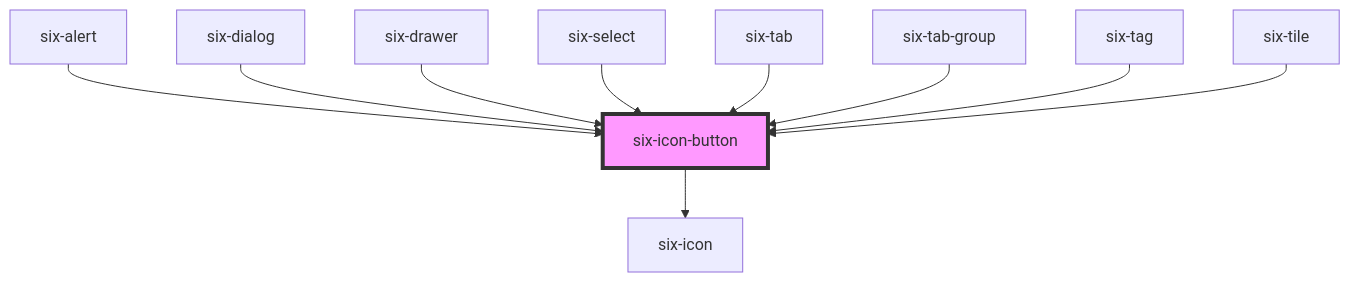
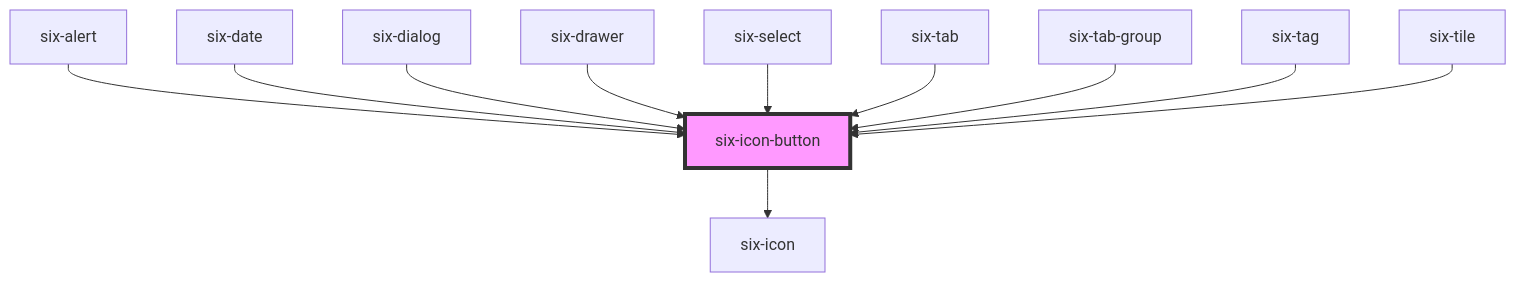
The diagram in docs/components/six-icon-button.md (six-group/six-webcomponents), drawn with Mermaid before and after one commit. The commit also changed other lines of this file and 44 other files, not shown here.

````diff
--- a/docs/components/six-icon-button.md
+++ b/docs/components/six-icon-button.md
@@ -210,13 +211,14 @@
 ```mermaid
 graph TD;
   six-icon-button --> six-icon
   six-alert --> six-icon-button
+  six-date --> six-icon-button
   six-dialog --> six-icon-button
   six-drawer --> six-icon-button
   six-select --> six-icon-button
   six-tab --> six-icon-button
   six-tab-group --> six-icon-button
   six-tag --> six-icon-button
   six-tile --> six-icon-button
   style six-icon-button fill:#f9f,stroke:#333,stroke-width:4px
 ```
````
